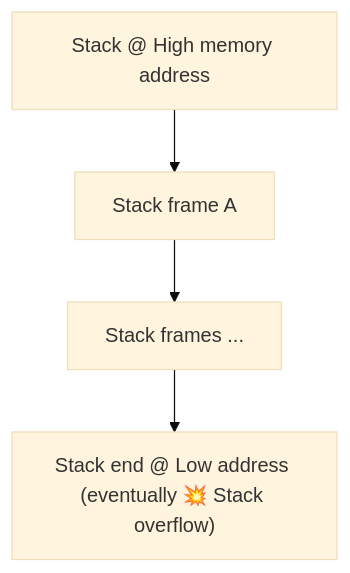
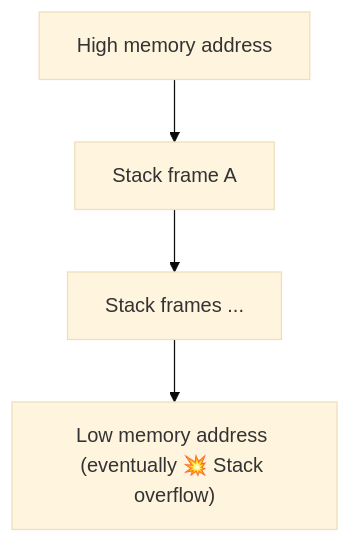
The diagram in 2025-10-10-eurorust-minimal-rust-kernel/slides.md (phip1611/slidev-slides), drawn with Mermaid (base theme) before and after one commit. The commit also changed other lines of this file, not shown here.

````diff
--- a/2025-10-10-eurorust-minimal-rust-kernel/slides.md
+++ b/2025-10-10-eurorust-minimal-rust-kernel/slides.md
@@ -514,9 +514,9 @@
 ```mermaid
 graph TD
-    High["Stack @ High memory address"]
+    High["High memory address"]
     Frame1["Stack frame A"]
     Frame2["Stack frames ..."]
-    Low["Stack end @ Low address (eventually 💥 Stack overflow)"]
+    Low["Low memory address (eventually 💥 Stack overflow)"]
 
     High --> Frame1 --> Frame2 --> Low
 ```
````
